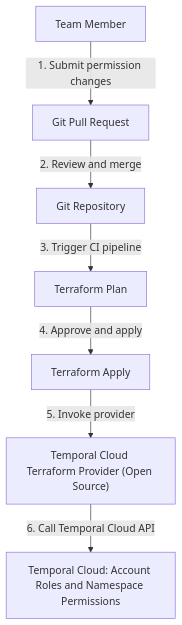
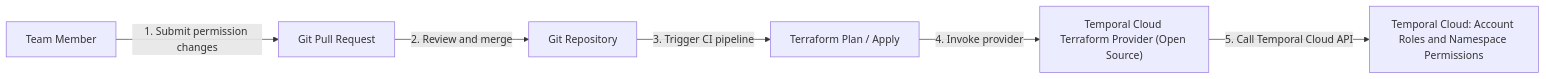
One commit to db-storage/public_draft changed the first of 5 diagrams in oidc_permission.md. Above: the diagram before and after it, drawn with Mermaid. The commit also changed other lines of this file, not shown here.

Commit message:
Refactor flowchart for Terraform process
Updated the flowchart format and combined Terraform Plan and Apply steps.

````diff
--- a/oidc_permission.md
+++ b/oidc_permission.md
@@ -5,17 +4,8 @@
 ```mermaid
-flowchart TD
-    User["Team Member"]
-    PR["Git Pull Request"]
-    Git["Git Repository"]
-    Plan["Terraform Plan"]
-    Apply["Terraform Apply"]
-    Provider["Temporal Cloud Terraform Provider (Open Source)"]
-    Cloud["Temporal Cloud: Account Roles and Namespace Permissions"]
-
-    User -->|"1. Submit permission changes"| PR
-    PR -->|"2. Review and merge"| Git
-    Git -->|"3. Trigger CI pipeline"| Plan
-    Plan -->|"4. Approve and apply"| Apply
-    Apply -->|"5. Invoke provider"| Provider
-    Provider -->|"6. Call Temporal Cloud API"| Cloud
+flowchart LR
+    User["Team Member"] -->|"1. Submit permission changes"| PR["Git Pull Request"]
+    PR -->|"2. Review and merge"| Git["Git Repository"]
+    Git -->|"3. Trigger CI pipeline"| Terraform["Terraform Plan / Apply"]
+    Terraform -->|"4. Invoke provider"| Provider["Temporal Cloud Terraform Provider (Open Source)"]
+    Provider -->|"5. Call Temporal Cloud API"| Cloud["Temporal Cloud: Account Roles and Namespace Permissions"]
 ```
````
